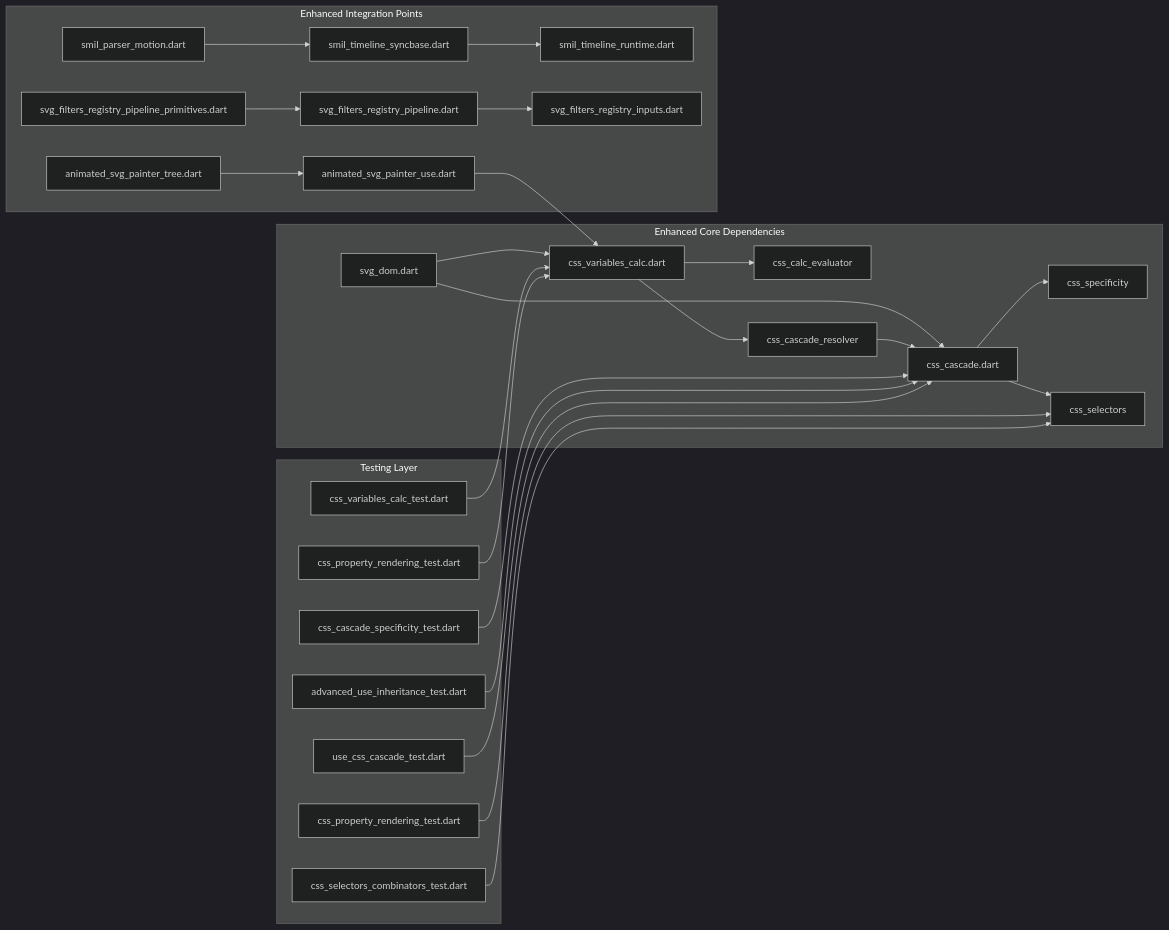
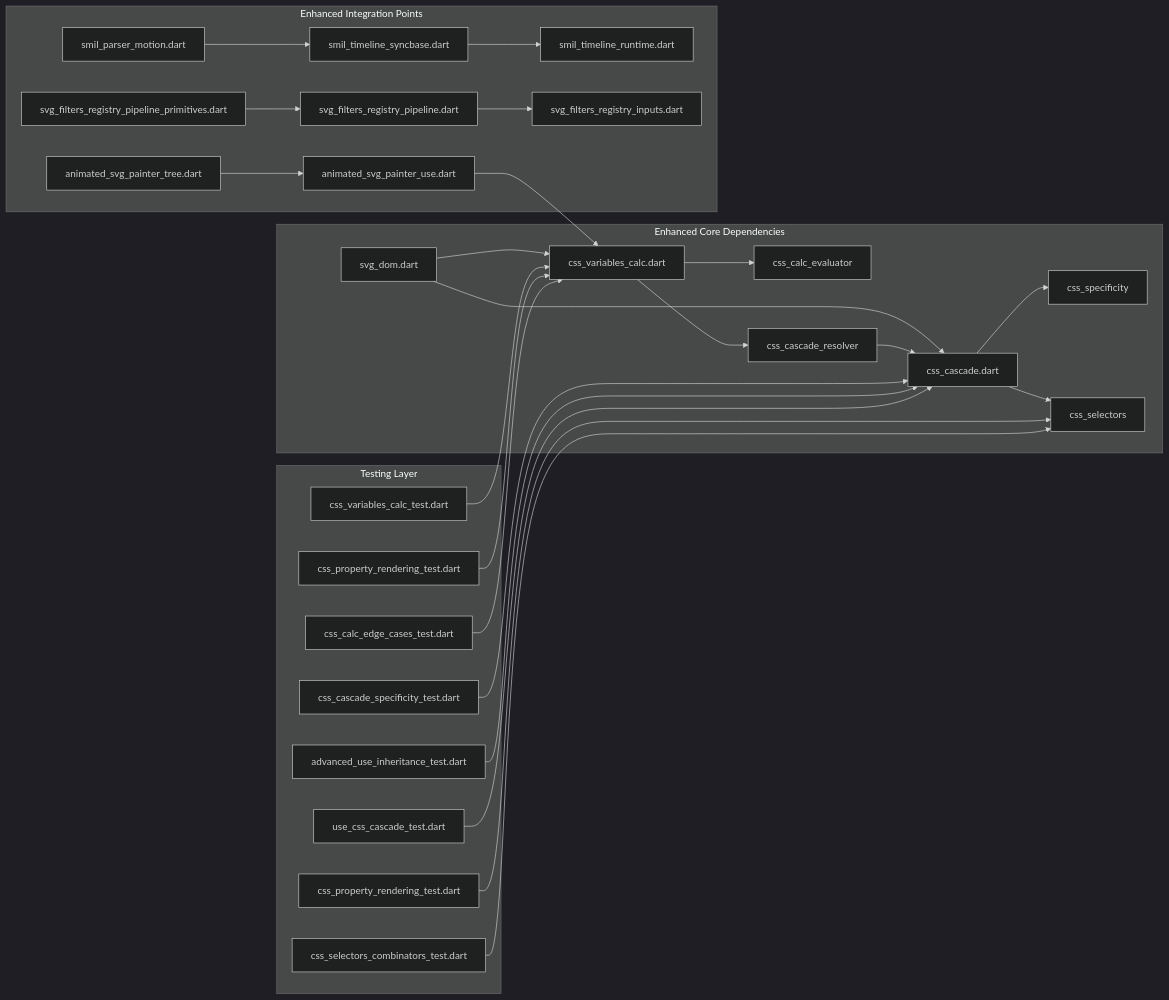
The tenth of 10 diagrams in .qoder/repowiki/en/content/Animated SVG Support/Advanced Animation Features/Enhanced CSS Variables and Calculations/Enhanced CSS Variables and Calculations.md (denisnadey/flutter_full_svg_support), drawn with Mermaid (dark theme) before and after one commit. The commit also changed other lines of this file and 40 other files, not shown here.

````diff
--- a/.qoder/repowiki/en/content/Animated SVG Support/Advanced Animation Features/Enhanced CSS Variables and Calculations/Enhanced CSS Variables and Calculations.md
+++ b/.qoder/repowiki/en/content/Animated SVG Support/Advanced Animation Features/Enhanced CSS Variables and Calculations/Enhanced CSS Variables and Calculations.md
@@ -667,29 +750,30 @@
 ```mermaid
 graph LR
 subgraph "Enhanced Core Dependencies"
 A["svg_dom.dart"] --> B["css_variables_calc.dart"]
 A --> C["css_cascade.dart"]
 B --> D["css_calc_evaluator"]
 C --> E["css_specificity"]
 C --> F["css_selectors"]
 B --> G["css_cascade_resolver"]
 G --> C
 end
 subgraph "Enhanced Integration Points"
 H["animated_svg_painter_use.dart"] --> B
 I["animated_svg_painter_tree.dart"] --> H
 J["smil_parser_motion.dart"] --> K["smil_timeline_syncbase.dart"]
 K --> L["smil_timeline_runtime.dart"]
 M["svg_filters_registry_pipeline_primitives.dart"] --> N["svg_filters_registry_pipeline.dart"]
 N --> O["svg_filters_registry_inputs.dart"]
 end
 subgraph "Testing Layer"
 P["css_variables_calc_test.dart"] --> B
 Q["css_property_rendering_test.dart"] --> B
 R["css_cascade_specificity_test.dart"] --> C
 S["css_property_rendering_test.dart"] --> F
 T["advanced_use_inheritance_test.dart"] --> C
 U["use_css_cascade_test.dart"] --> C
 V["css_selectors_combinators_test.dart"] --> F
+W["css_calc_edge_cases_test.dart"] --> B
 end
 ```
````
